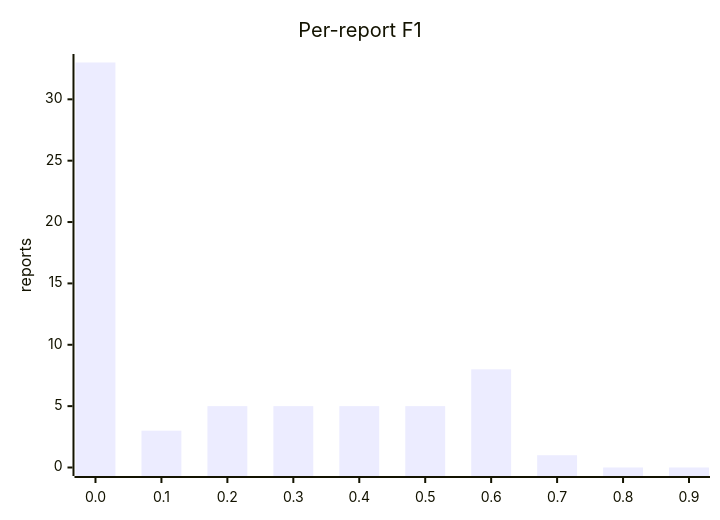
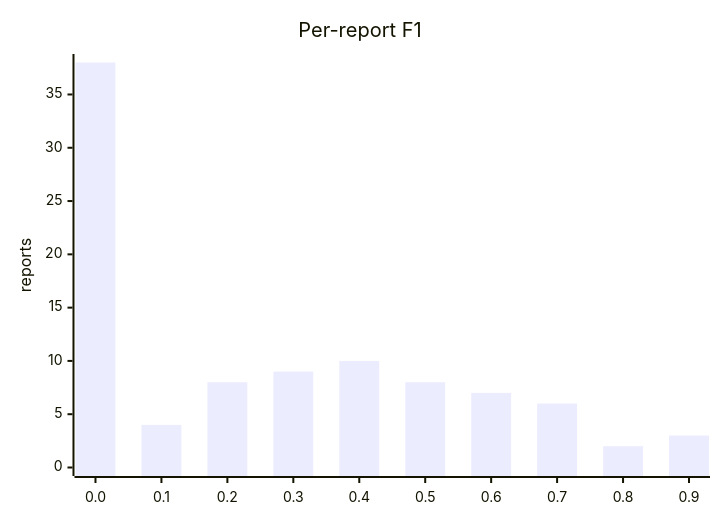
One commit to MISP/ai-connector changed the third of 5 diagrams in docs/BENCHMARKS_extraction.md. Above: the diagram before and after it, drawn with Mermaid. The commit also changed other lines of this file and 6 other files, not shown here.

````diff
--- a/docs/BENCHMARKS_extraction.md
+++ b/docs/BENCHMARKS_extraction.md
@@ -68,7 +68,7 @@
 ```mermaid
 xychart-beta
   title "Per-report F1"
   x-axis ["0.0", "0.1", "0.2", "0.3", "0.4", "0.5", "0.6", "0.7", "0.8", "0.9"]
-  y-axis "reports" 0 --> 33
-  bar [33, 3, 5, 5, 5, 5, 8, 1, 0, 0]
+  y-axis "reports" 0 --> 38
+  bar [38, 4, 8, 9, 10, 8, 7, 6, 2, 3]
 ```
````
